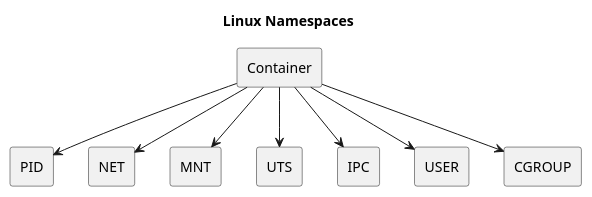
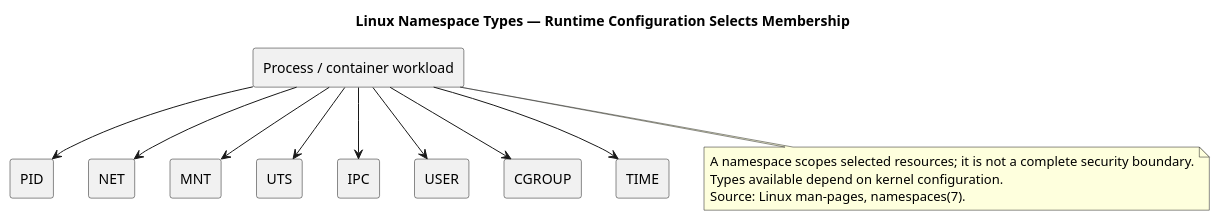
One commit to antonioclim/ENos changed the diagram in 05_LECTURES/16supp-Advanced_Containerisation/diagrams/01_namespace_types.puml. Above: the diagram before and after it, drawn with PlantUML. The commit also changed other lines of this file and 1408 other files, not shown here.

```diff
--- a/05_LECTURES/16supp-Advanced_Containerisation/diagrams/01_namespace_types.puml
+++ b/05_LECTURES/16supp-Advanced_Containerisation/diagrams/01_namespace_types.puml
@@ -2,18 +2,25 @@
 @startuml
-title Linux Namespaces
+title Linux Namespace Types — Runtime Configuration Selects Membership
 rectangle "PID" as pid
 rectangle "NET" as net
 rectangle "MNT" as mnt
 rectangle "UTS" as uts
 rectangle "IPC" as ipc
 rectangle "USER" as user
 rectangle "CGROUP" as cgrp
-rectangle "Container" as c
+rectangle "TIME" as timens
+rectangle "Process / container workload" as c
 c --> pid
 c --> net
 c --> mnt
 c --> uts
 c --> ipc
 c --> user
 c --> cgrp
+c --> timens
+note bottom of c
+A namespace scopes selected resources; it is not a complete security boundary.
+Types available depend on kernel configuration.
+Source: Linux man-pages, namespaces(7).
+end note
 @enduml
```
